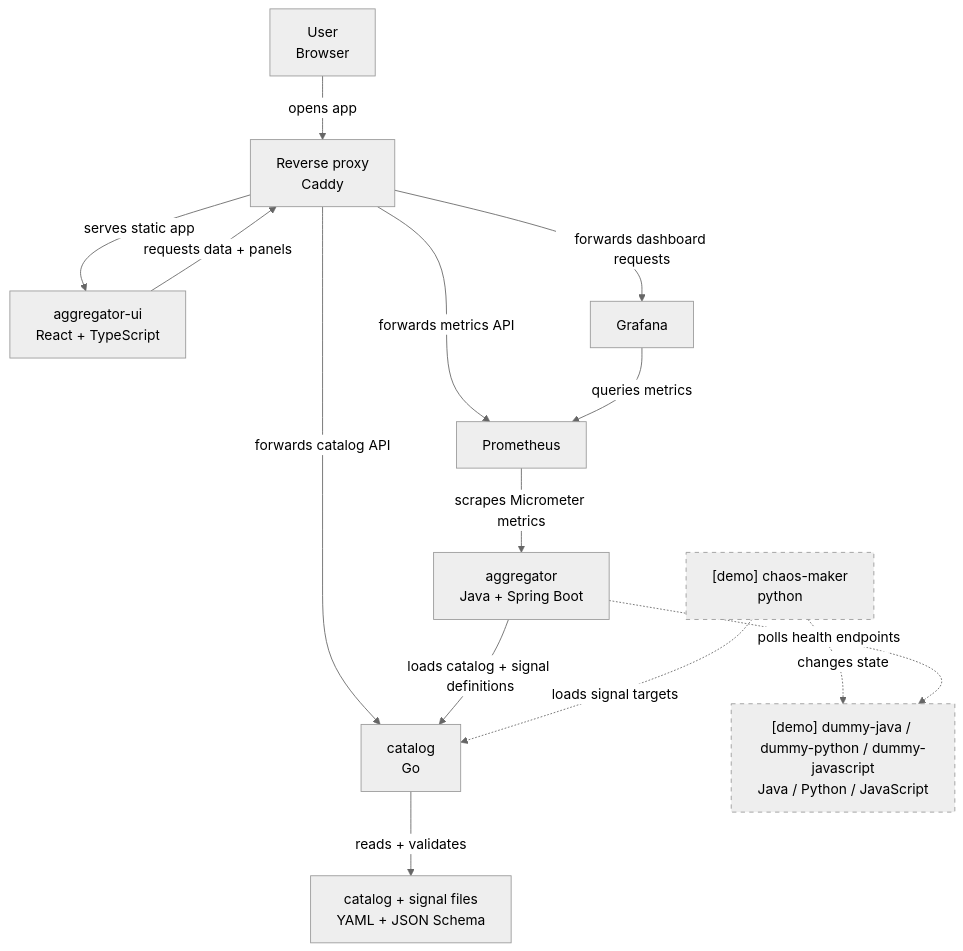
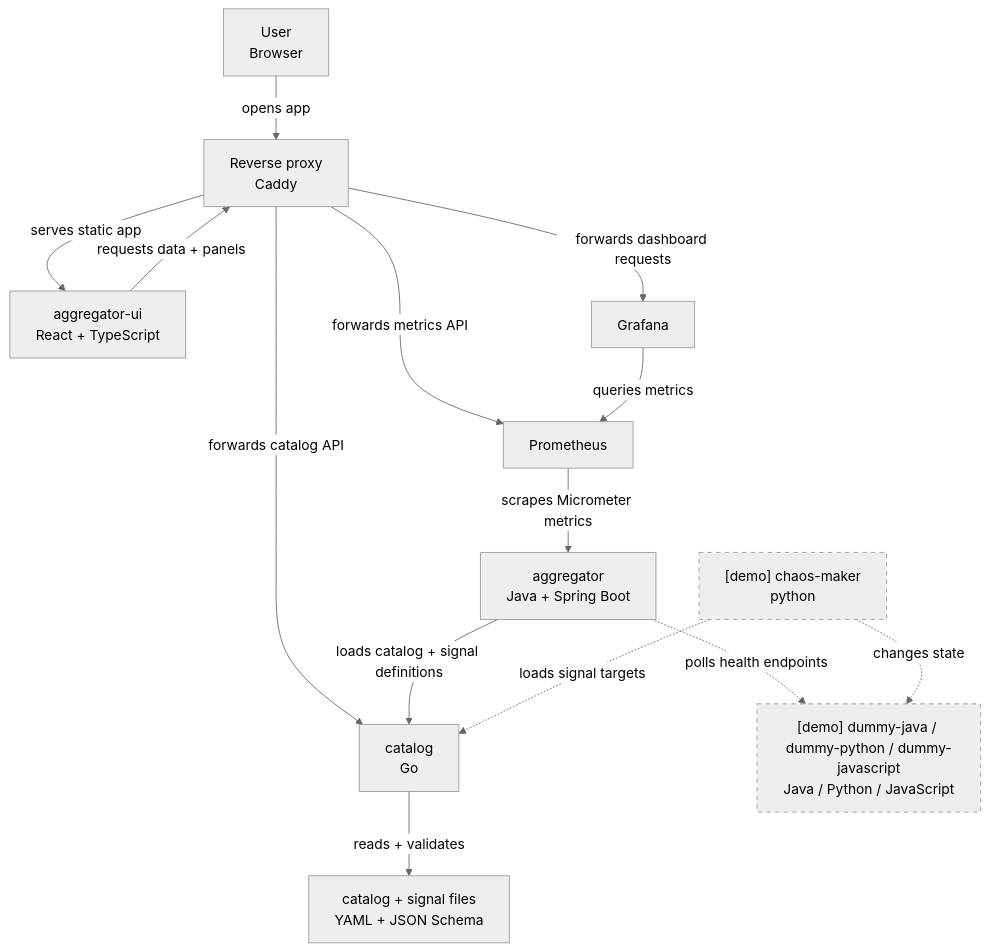
The diagram in README.md (aleksei-sapozhnikov/aggregator), drawn with Mermaid (neutral theme) before and after one commit.

Commit message:
Change arrows ordering a bit

````diff
--- a/README.md
+++ b/README.md
@@ -16,23 +16,24 @@
 ```mermaid
 flowchart TB
   browser["User<br>Browser"] -->|opens app| proxy["Reverse proxy<br>Caddy"]
   proxy -->|serves static app| ui["aggregator-ui<br>React + TypeScript"]
 
   ui -->|requests data + panels| proxy
   proxy -->|forwards catalog API| catalog["catalog<br>Go"]
   proxy -->|forwards metrics API| prometheus["Prometheus"]
   proxy -->|forwards dashboard requests| grafana["Grafana"]
 
   grafana -->|queries metrics| prometheus
   prometheus -->|scrapes Micrometer metrics| aggregator["aggregator<br>Java + Spring Boot"]
 
   aggregator -->|loads catalog + signal definitions| catalog
   catalog -->|reads + validates| catalogFiles["catalog + signal files<br>YAML + JSON Schema"]
 
+  aggregator -.->|polls health endpoints| demoServices
+  chaos -.->|changes state| demoServices["[demo] dummy-java / dummy-python / dummy-javascript<br>Java / Python / JavaScript"]
   chaos["[demo] chaos-maker<br>python"] -.->|loads signal targets| catalog
-  chaos -.->|changes state| demoServices["[demo] dummy-java / dummy-python / dummy-javascript<br>Java / Python / JavaScript"]
-  aggregator -.->|polls health endpoints| demoServices
+  
 
   classDef optional stroke-dasharray: 5 5
   class chaos,demoServices optional
 ```
````
